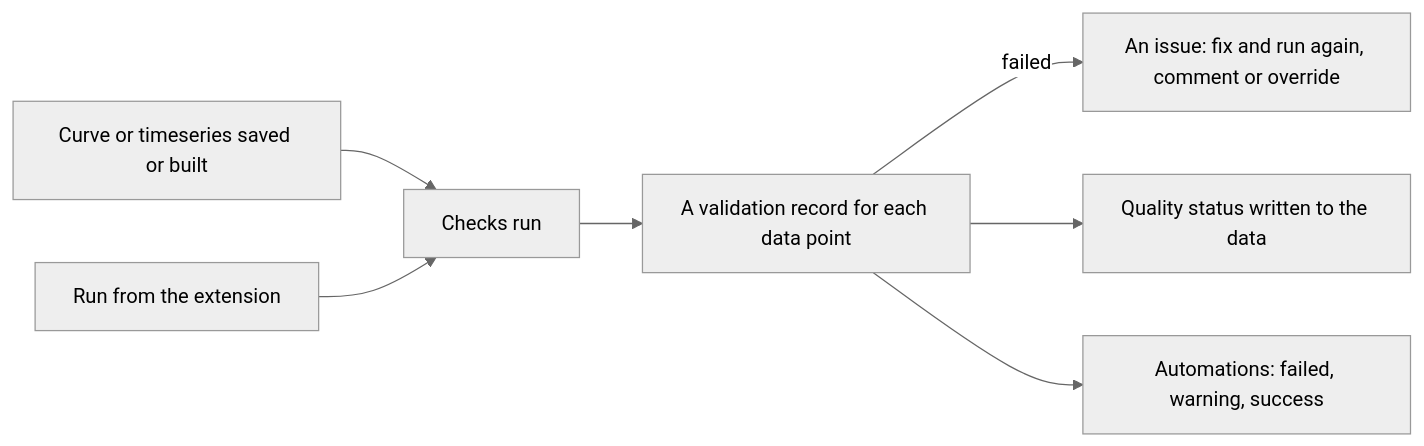
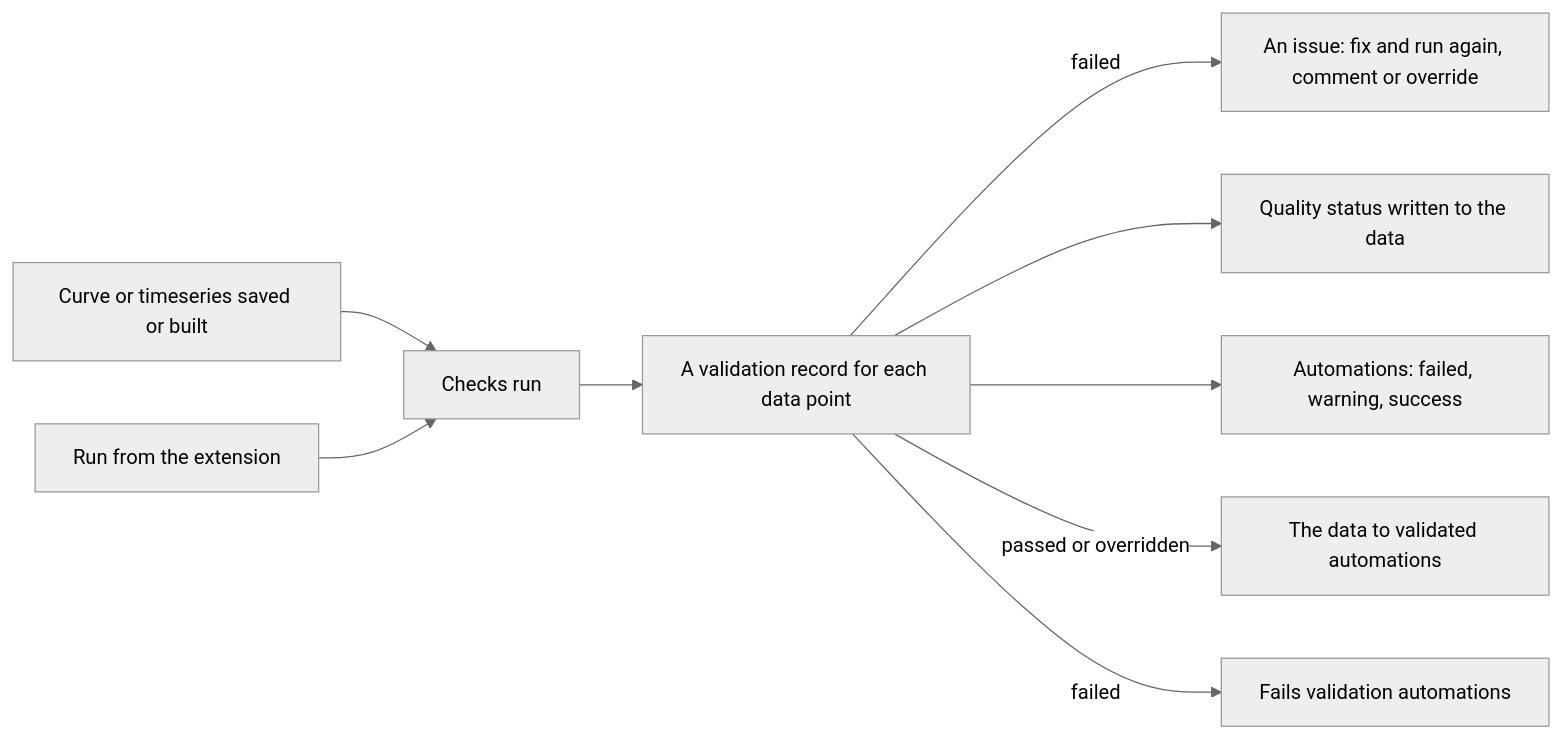
The diagram in docs/extensions/validation/01-overview.md (OpenDataDSL/documentation), drawn with Mermaid (neutral theme) before and after one commit. The commit also changed other lines of this file and 3 other files, not shown here.

````diff
--- a/docs/extensions/validation/01-overview.md
+++ b/docs/extensions/validation/01-overview.md
@@ -21,9 +21,11 @@
 ```mermaid
 flowchart LR
   A[Curve or timeseries saved or built] --> B[Checks run]
   M[Run from the extension] --> B
   B --> C[A validation record for each data point]
   C -->|failed| D[An issue: fix and run again, comment or override]
   C --> E[Quality status written to the data]
   C --> F[Automations: failed, warning, success]
+  C -->|passed or overridden| G[The data to validated automations]
+  C -->|failed| H[Fails validation automations]
 ```
````
